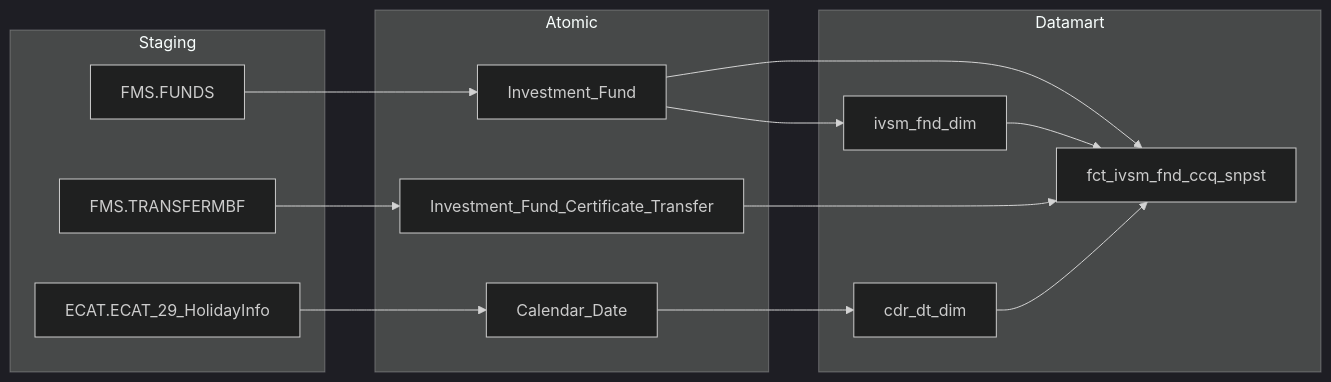
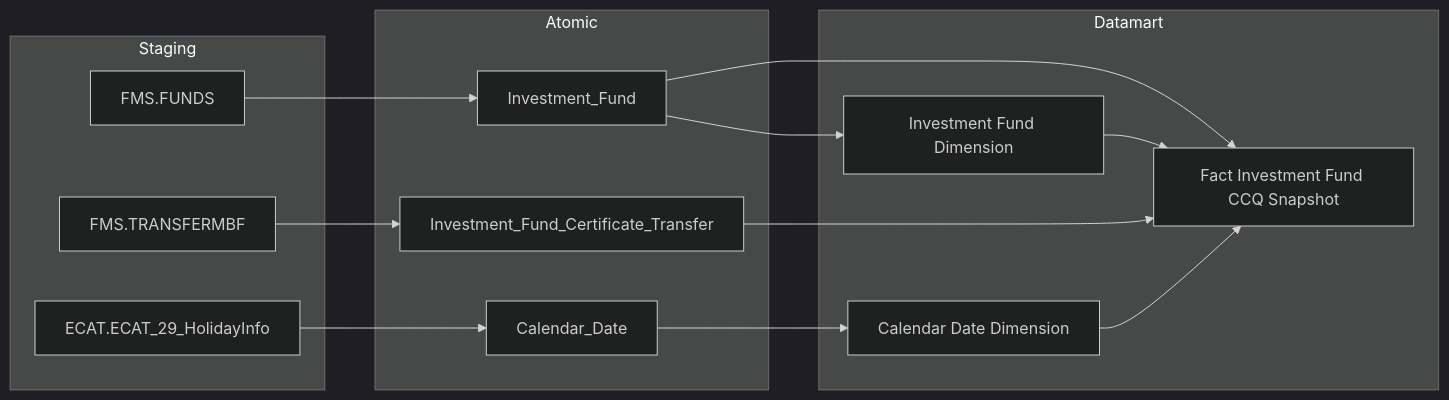
One commit to linhlvit/ubck_atomic_design changed the sixth of 9 diagrams in docs/output/datamart/FMS/DTM_FMS_PTTK.md. Above: the diagram before and after it, drawn with Mermaid (dark theme). The commit also changed other lines of this file and 2 other files, not shown here.

````diff
--- a/docs/output/datamart/FMS/DTM_FMS_PTTK.md
+++ b/docs/output/datamart/FMS/DTM_FMS_PTTK.md
@@ -298,27 +298,27 @@
 ```mermaid
 flowchart LR
   subgraph Staging
     FMS_FUNDS["FMS.FUNDS"]
     FMS_TRANSFERMBF["FMS.TRANSFERMBF"]
     ECAT_ECAT_29_HolidayInfo["ECAT.ECAT_29_HolidayInfo"]
   end
   subgraph Atomic
     Investment_Fund
     Investment_Fund_Certificate_Transfer
     Calendar_Date
   end
   subgraph Datamart
-    fct_ivsm_fnd_ccq_snpst
-    ivsm_fnd_dim
-    cdr_dt_dim
+    fct_ivsm_fnd_ccq_snpst["Fact Investment Fund CCQ Snapshot"]
+    ivsm_fnd_dim["Investment Fund Dimension"]
+    cdr_dt_dim["Calendar Date Dimension"]
   end
   FMS_FUNDS --> Investment_Fund
   FMS_TRANSFERMBF --> Investment_Fund_Certificate_Transfer
   ECAT_ECAT_29_HolidayInfo --> Calendar_Date
   Investment_Fund --> fct_ivsm_fnd_ccq_snpst
   Investment_Fund_Certificate_Transfer --> fct_ivsm_fnd_ccq_snpst
   Investment_Fund --> ivsm_fnd_dim
   Calendar_Date --> cdr_dt_dim
   ivsm_fnd_dim --> fct_ivsm_fnd_ccq_snpst
   cdr_dt_dim --> fct_ivsm_fnd_ccq_snpst
 ```
````
